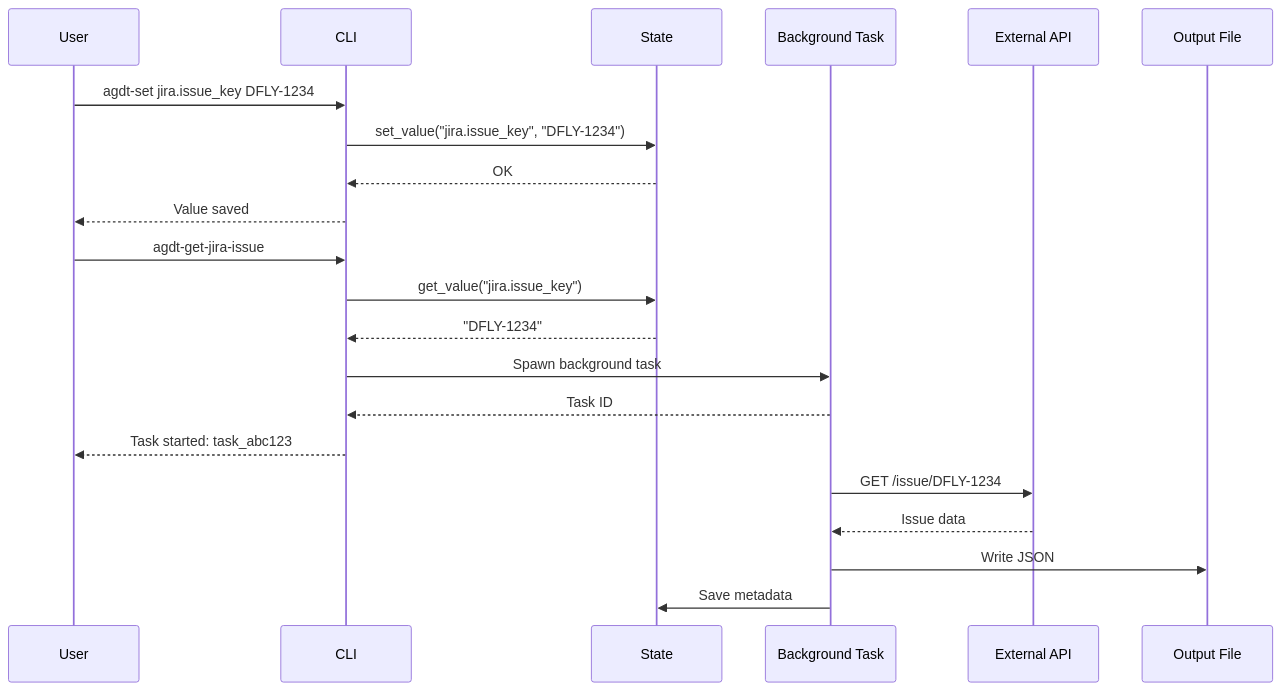
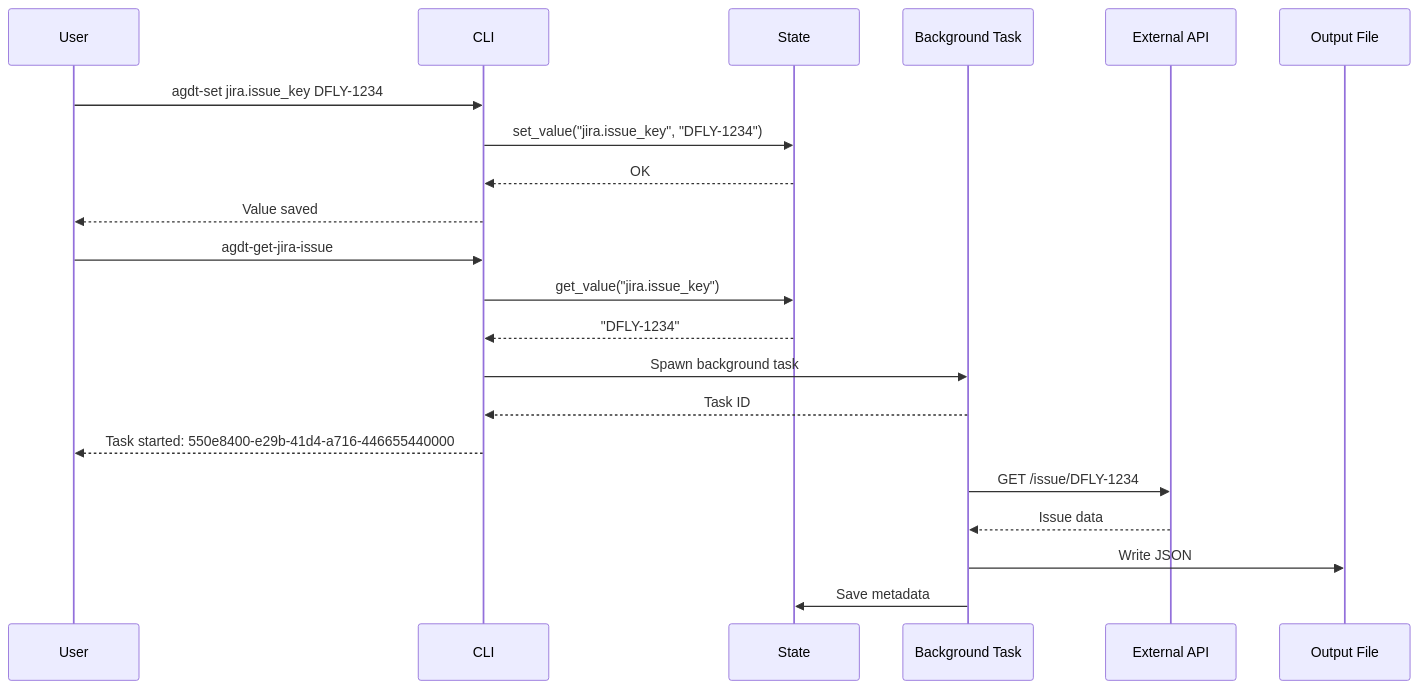
One commit to ayaiayorg/agentic-devtools changed diagram 11 of 12 in docs/05-building-blocks.md. Above: the diagram before and after it, drawn with Mermaid. The commit also changed other lines of this file and 6 other files, not shown here.

First line of the commit message:
docs: fix workflow state key, JIRA_AUTH_SCHEME, prompt locations, and mermaid syntax

````diff
--- a/docs/05-building-blocks.md
+++ b/docs/05-building-blocks.md
@@ -310,26 +305,26 @@
 ```mermaid
 sequenceDiagram
     participant User
     participant CLI
     participant State
     participant BG as Background Task
     participant API as External API
     participant File as Output File
     
     User->>CLI: agdt-set jira.issue_key DFLY-1234
     CLI->>State: set_value("jira.issue_key", "DFLY-1234")
     State-->>CLI: OK
     CLI-->>User: Value saved
     
     User->>CLI: agdt-get-jira-issue
     CLI->>State: get_value("jira.issue_key")
     State-->>CLI: "DFLY-1234"
     CLI->>BG: Spawn background task
     BG-->>CLI: Task ID
-    CLI-->>User: Task started: task_abc123
+    CLI-->>User: Task started: 550e8400-e29b-41d4-a716-446655440000
     
     BG->>API: GET /issue/DFLY-1234
     API-->>BG: Issue data
     BG->>File: Write JSON
     BG->>State: Save metadata
 ```
````
